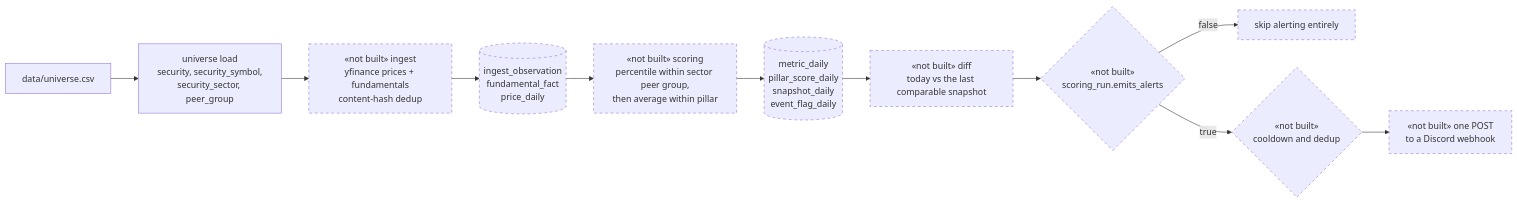
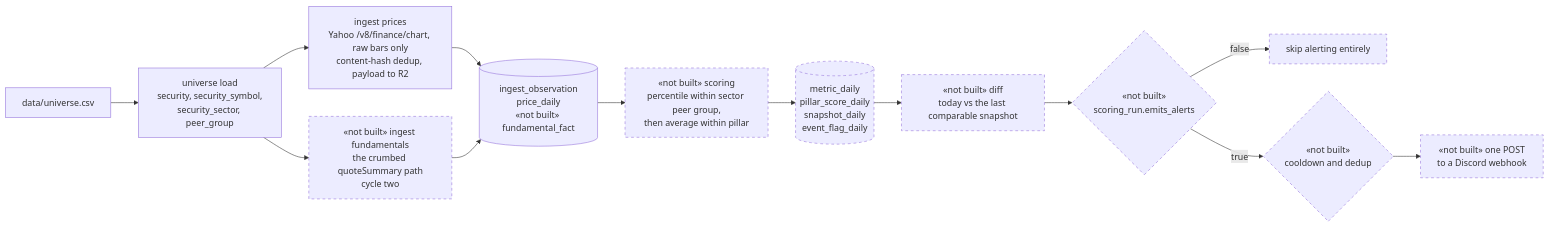
One commit to D1K03/stock-aggregator changed the eighth of 13 diagrams in docs/architecture.md. Above: the diagram before and after it, drawn with Mermaid. The commit also changed other lines of this file and 3 other files, not shown here.

````diff
--- a/docs/architecture.md
+++ b/docs/architecture.md
@@ -521,29 +530,32 @@
 ```mermaid
 flowchart LR
     classDef unbuilt stroke-dasharray: 5 5
 
     csv["data/universe.csv"]
     ident["universe load<br/>security, security_symbol,<br/>security_sector, peer_group"]
-    ing["«not built» ingest<br/>yfinance prices + fundamentals<br/>content-hash dedup"]
-    facts[("ingest_observation<br/>fundamental_fact<br/>price_daily")]
+    ing["ingest prices<br/>Yahoo /v8/finance/chart, raw bars only<br/>content-hash dedup, payload to R2"]
+    ingf["«not built» ingest fundamentals<br/>the crumbed quoteSummary path<br/>cycle two"]
+    facts[("ingest_observation<br/>price_daily<br/>«not built» fundamental_fact")]
     sc["«not built» scoring<br/>percentile within sector peer group,<br/>then average within pillar"]
     derived[("metric_daily<br/>pillar_score_daily<br/>snapshot_daily<br/>event_flag_daily")]
     diff["«not built» diff<br/>today vs the last comparable snapshot"]
     gate{"«not built»<br/>scoring_run.emits_alerts"}
     skip["skip alerting entirely"]
     cool{"«not built»<br/>cooldown and dedup"}
     post["«not built» one POST<br/>to a Discord webhook"]
 
     csv --> ident
     ident --> ing
+    ident --> ingf
     ing --> facts
+    ingf --> facts
     facts --> sc
     sc --> derived
     derived --> diff
     diff --> gate
     gate -->|false| skip
     gate -->|true| cool
     cool --> post
 
-    class ing,facts,sc,derived,diff,gate,skip,cool,post unbuilt
+    class ingf,sc,derived,diff,gate,skip,cool,post unbuilt
 ```
````
